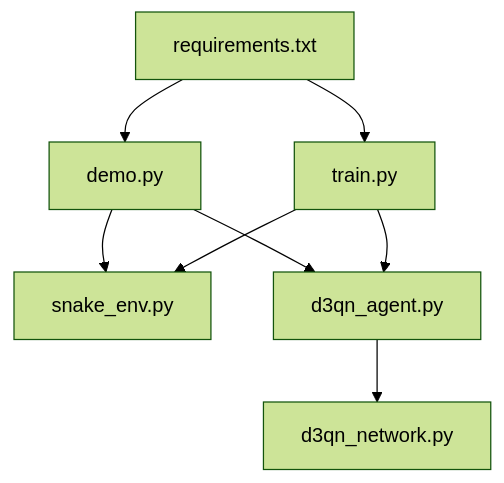
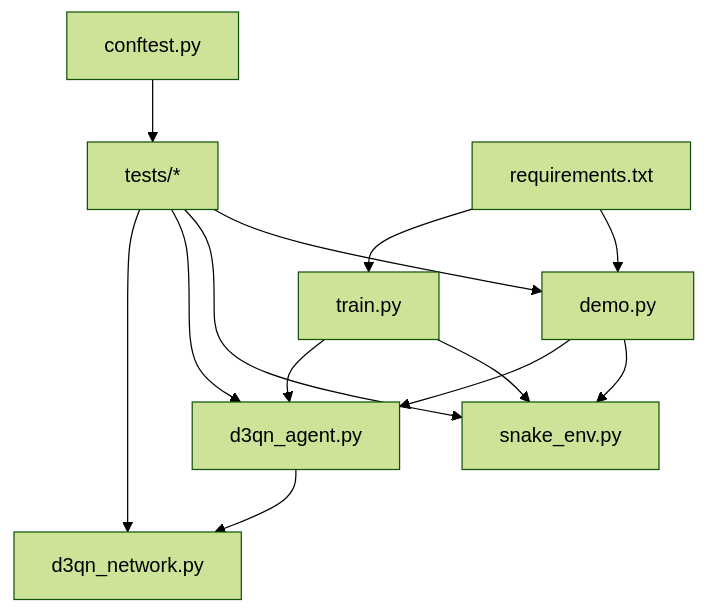
One commit to fuweiq94-cloud/3399180760000 changed the first of 6 diagrams in .qoder/repowiki/zh/content/演示和测试/演示和测试.md. Above: the diagram before and after it, drawn with Mermaid (forest theme). The commit also changed other lines of this file and 75 other files, not shown here.

````diff
--- a/.qoder/repowiki/zh/content/演示和测试/演示和测试.md
+++ b/.qoder/repowiki/zh/content/演示和测试/演示和测试.md
@@ -45,10 +62,15 @@
 ```mermaid
 graph TB
 A["demo.py"] --> B["snake_env.py"]
 A --> C["d3qn_agent.py"]
 C --> D["d3qn_network.py"]
 E["train.py"] --> B
 E --> C
-F["requirements.txt"] --> A
-F --> E
+F["tests/*"] --> A
+F --> B
+F --> C
+F --> D
+G["requirements.txt"] --> A
+G --> E
+H["conftest.py"] --> F
 ```
````
